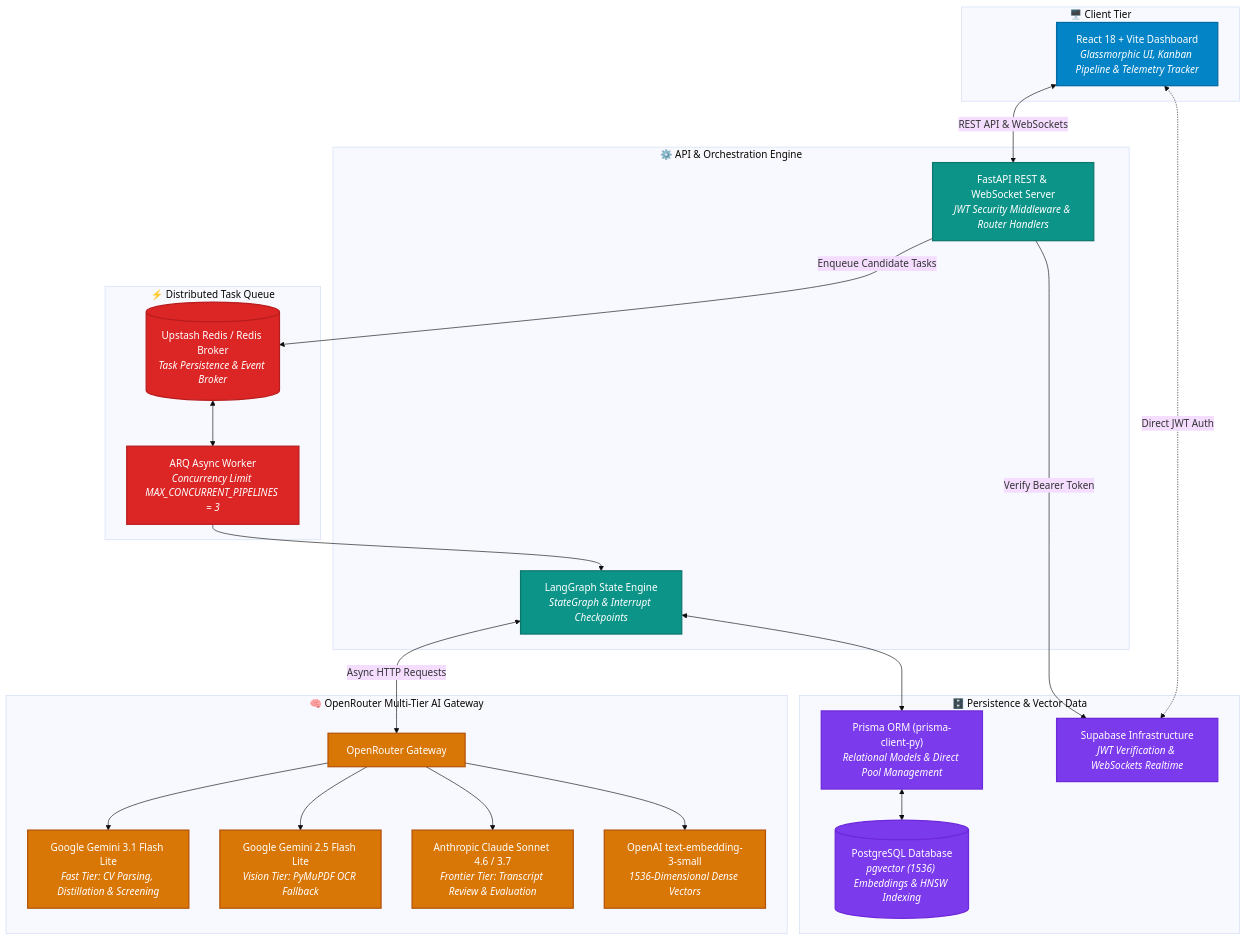
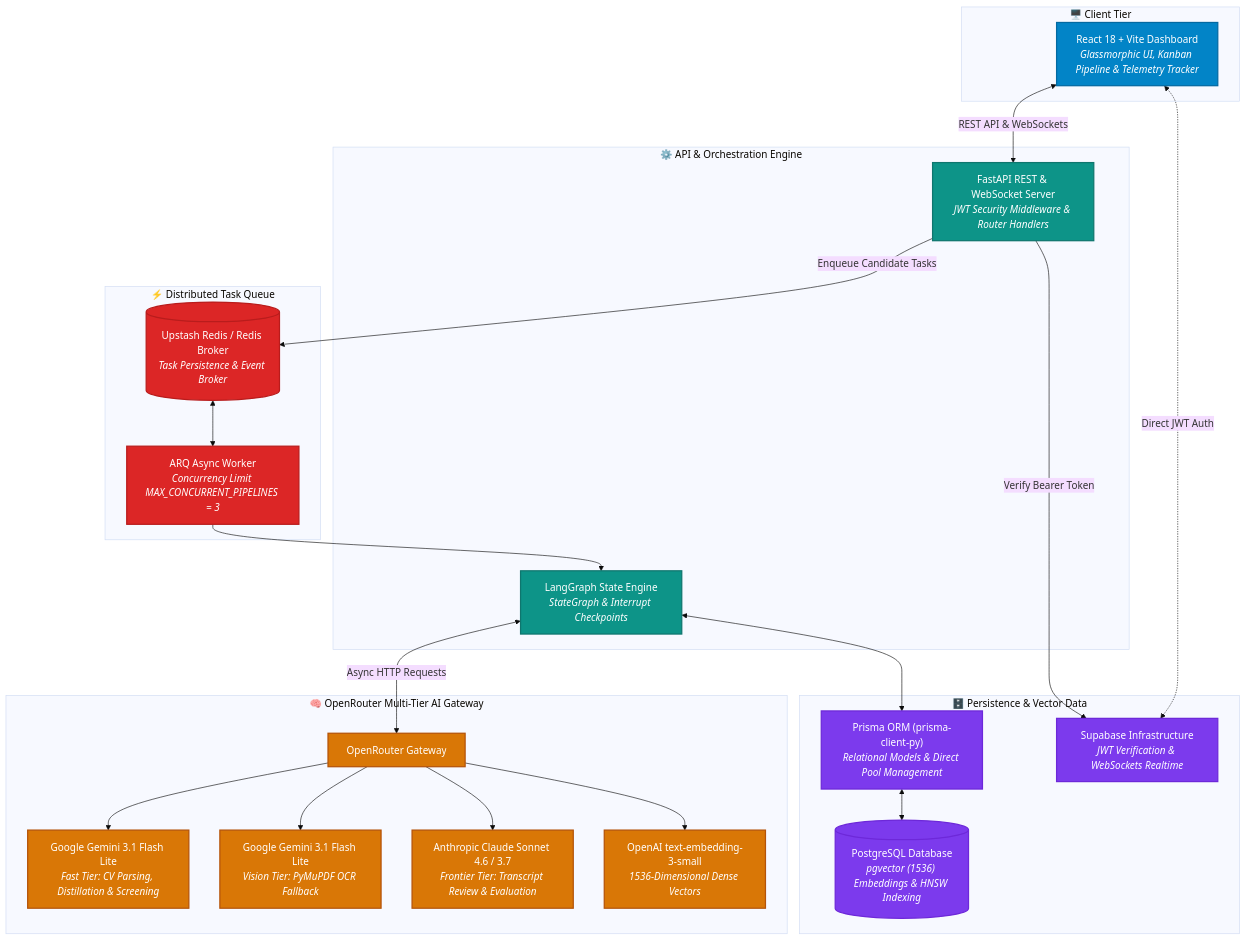
The second of 4 diagrams in README.md (Ibsham7/Recruitment-Agent), drawn with Mermaid (base theme) before and after one commit. The commit also changed other lines of this file and 23 other files, not shown here.

````diff
--- a/README.md
+++ b/README.md
@@ -74,50 +74,50 @@
 ```mermaid
 flowchart TB
     classDef clientStyle fill:#0284C7,stroke:#0369A1,stroke-width:2px,color:#fff;
     classDef apiStyle fill:#0D9488,stroke:#0F766E,stroke-width:2px,color:#fff;
     classDef queueStyle fill:#DC2626,stroke:#B91C1C,stroke-width:2px,color:#fff;
     classDef dbStyle fill:#7C3AED,stroke:#6D28D9,stroke-width:2px,color:#fff;
     classDef aiStyle fill:#D97706,stroke:#B45309,stroke-width:2px,color:#fff;
 
     subgraph Tier1 ["🖥️ Client Tier"]
         UI["React 18 + Vite Dashboard<br/><i>Glassmorphic UI, Kanban Pipeline & Telemetry Tracker</i>"]:::clientStyle
     end
 
     subgraph Tier2 ["⚙️ API & Orchestration Engine"]
         API["FastAPI REST & WebSocket Server<br/><i>JWT Security Middleware & Router Handlers</i>"]:::apiStyle
         LG["LangGraph State Engine<br/><i>StateGraph & Interrupt Checkpoints</i>"]:::apiStyle
     end
 
     subgraph Tier3 ["⚡ Distributed Task Queue"]
         Redis[("Upstash Redis / Redis Broker<br/><i>Task Persistence & Event Broker</i>")]:::queueStyle
         ARQ["ARQ Async Worker<br/><i>Concurrency Limit MAX_CONCURRENT_PIPELINES = 3</i>"]:::queueStyle
     end
 
     subgraph Tier4 ["🗄️ Persistence & Vector Data"]
         Prisma["Prisma ORM (prisma-client-py)<br/><i>Relational Models & Direct Pool Management</i>"]:::dbStyle
         PG[("PostgreSQL Database<br/><i>pgvector (1536) Embeddings & HNSW Indexing</i>")]:::dbStyle
         SupaAuth["Supabase Infrastructure<br/><i>JWT Verification & WebSockets Realtime</i>"]:::dbStyle
     end
 
     subgraph Tier5 ["🧠 OpenRouter Multi-Tier AI Gateway"]
         OpenRouter["OpenRouter Gateway"]:::aiStyle
         Gemini["Google Gemini 3.1 Flash Lite<br/><i>Fast Tier: CV Parsing, Distillation & Screening</i>"]:::aiStyle
-        GeminiVision["Google Gemini 2.5 Flash Lite<br/><i>Vision Tier: PyMuPDF OCR Fallback</i>"]:::aiStyle
+        GeminiVision["Google Gemini 3.1 Flash Lite<br/><i>Vision Tier: PyMuPDF OCR Fallback</i>"]:::aiStyle
         Sonnet["Anthropic Claude Sonnet 4.6 / 3.7<br/><i>Frontier Tier: Transcript Review & Evaluation</i>"]:::aiStyle
         Embeddings["OpenAI text-embedding-3-small<br/><i>1536-Dimensional Dense Vectors</i>"]:::aiStyle
     end
 
     UI <-->|REST API & WebSockets| API
     UI <-.->|Direct JWT Auth| SupaAuth
     API -->|Verify Bearer Token| SupaAuth
     API -->|Enqueue Candidate Tasks| Redis
     Redis <--> ARQ
     ARQ --> LG
     LG <--> Prisma
     Prisma <--> PG
     LG <-->|Async HTTP Requests| OpenRouter
     OpenRouter --> Gemini
     OpenRouter --> GeminiVision
     OpenRouter --> Sonnet
     OpenRouter --> Embeddings
 ```
````
